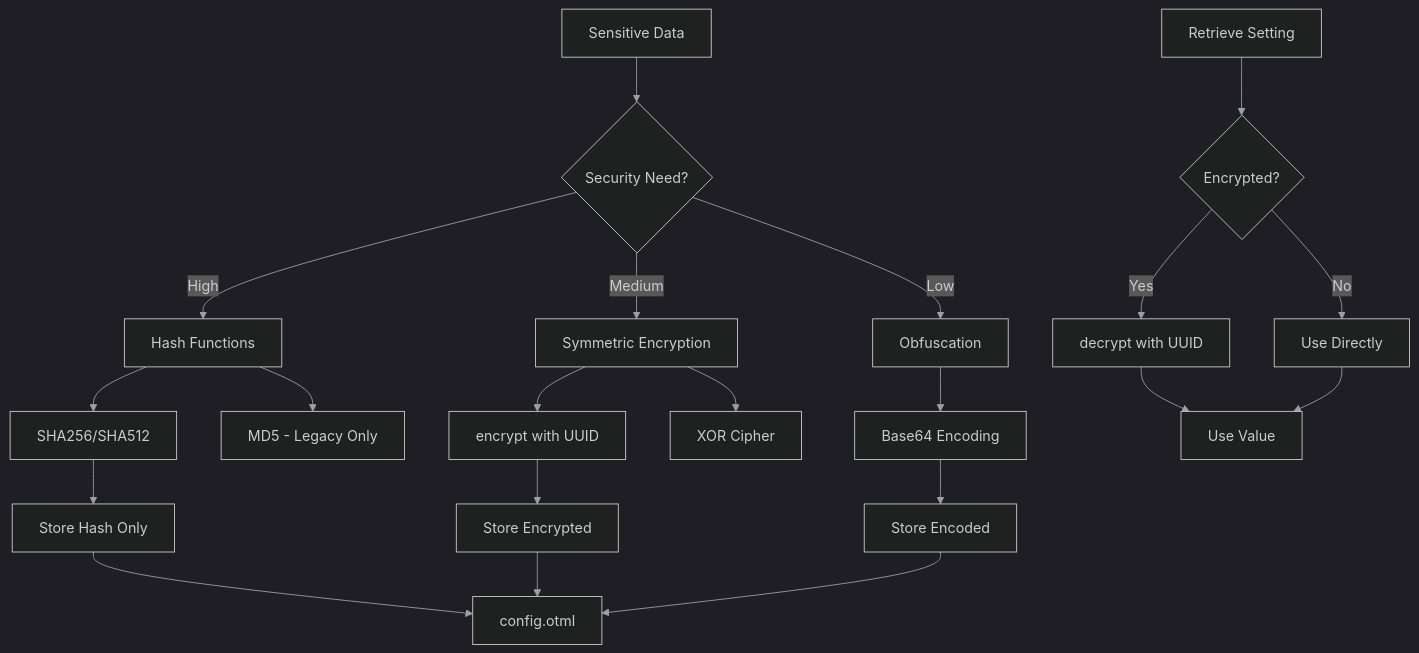
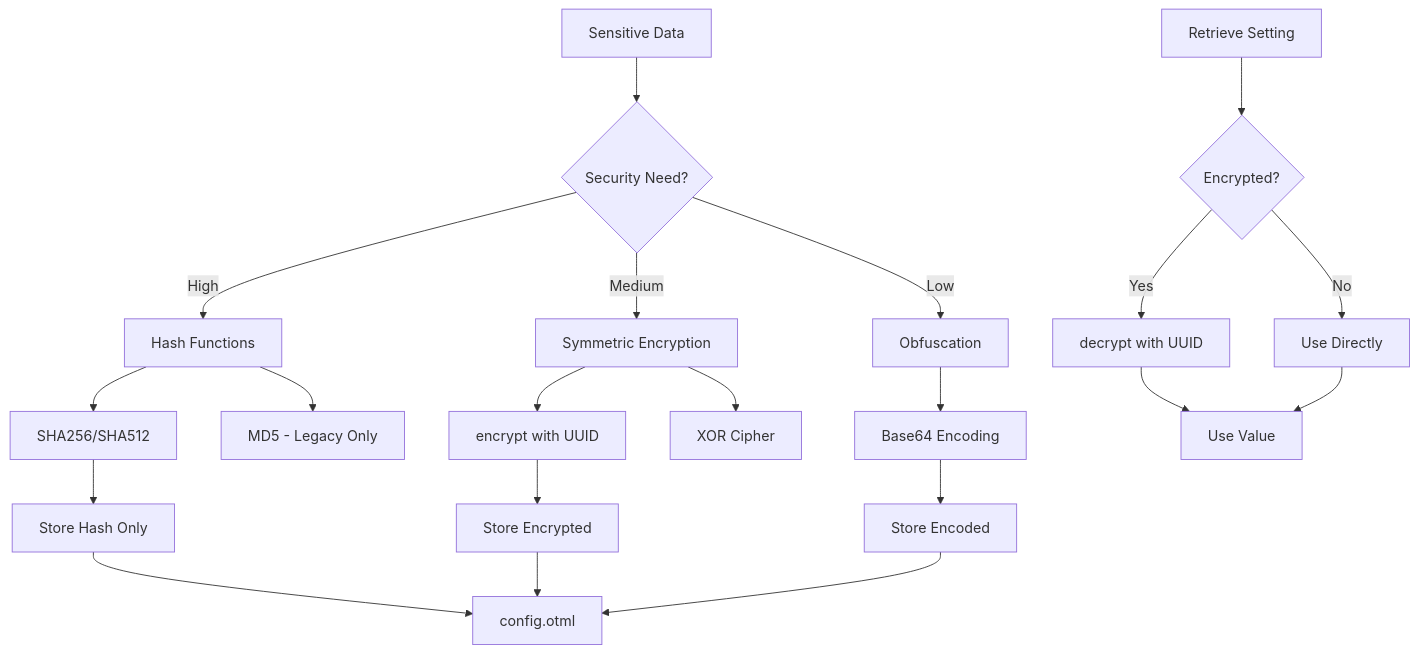
One commit to lukaszj321/otcv8-dev changed the third of 7 diagrams in docs/authoring/07_settings_crypto/index.md. Above: the diagram before and after it, drawn with Mermaid. The commit also changed other lines of this file and 19 other files, not shown here.

````diff
--- a/docs/authoring/07_settings_crypto/index.md
+++ b/docs/authoring/07_settings_crypto/index.md
@@ -118,36 +118,36 @@
 ```{mermaid}
-%%{init: {'theme':'dark','themeVariables':{'primaryTextColor':'#ddd','lineColor':'#9aa0a6'}}}%%
+%%{init: {'theme':'dark','themeVariables':{'primaryTextColor':'#ddd','lineColor':'#9aa0a6'}},'securityLevel':'loose'}%%
 graph TD
     Input[Sensitive Data] --> Choice{Security Need?}
     
     Choice -->|High| Hash[Hash Functions]
     Choice -->|Medium| Sym[Symmetric Encryption]
     Choice -->|Low| Obf[Obfuscation]
     
     Hash --> SHA256[SHA256/SHA512]
     Hash --> MD5[MD5 - Legacy Only]
     
     Sym --> MachineEnc[encrypt with UUID]
     Sym --> XOR[XOR Cipher]
     
     Obf --> Base64[Base64 Encoding]
     
     SHA256 --> Store1[Store Hash Only]
     MachineEnc --> Store2[Store Encrypted]
     Base64 --> Store3[Store Encoded]
     
     Store1 --> ConfigFile[config.otml]
     Store2 --> ConfigFile
     Store3 --> ConfigFile
     
     Retrieve[Retrieve Setting] --> Decrypt{Encrypted?}
     Decrypt -->|Yes| DecryptFunc[decrypt with UUID]
     Decrypt -->|No| Direct[Use Directly]
     
     DecryptFunc --> Use[Use Value]
     Direct --> Use
     
     click MachineEnc "./index.html#facet-07_settings_crypto.crypto_api" "Crypto API"
     click ConfigFile "./index.html#facet-07_settings_crypto.settings_migration" "Settings"
 click CryptoFlow "./index.html#facet-07_settings_crypto.crypto_flow" "Open crypto_flow"
 ```
````
